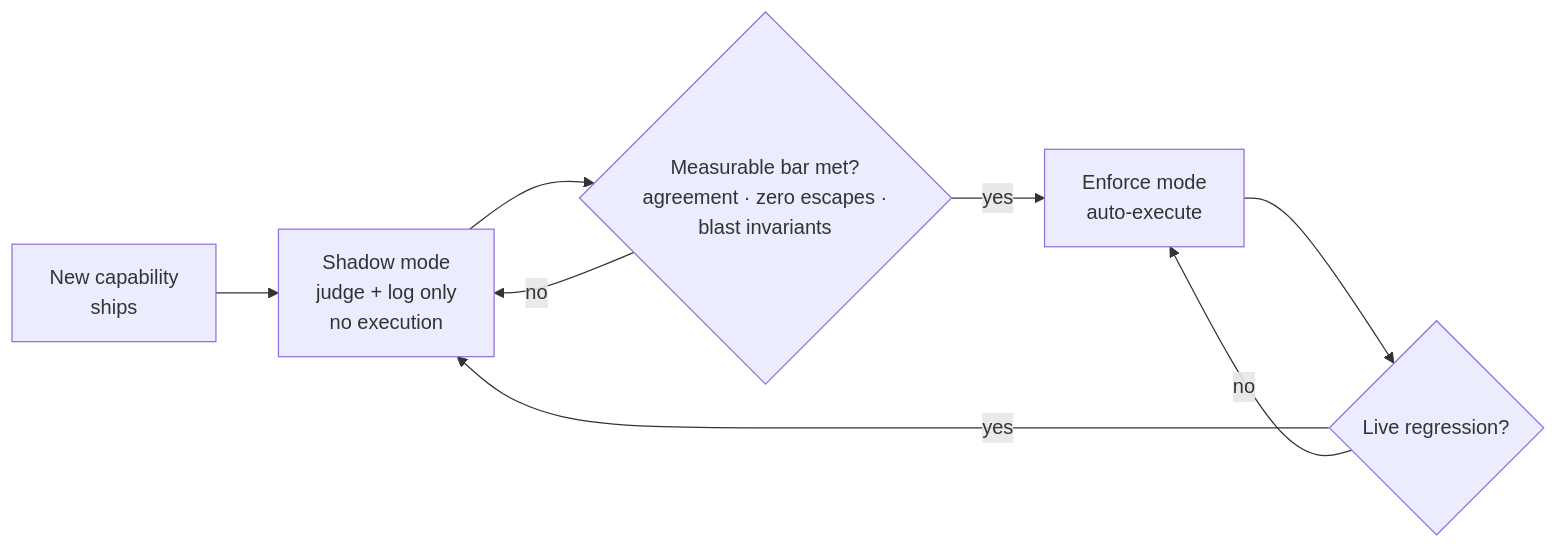
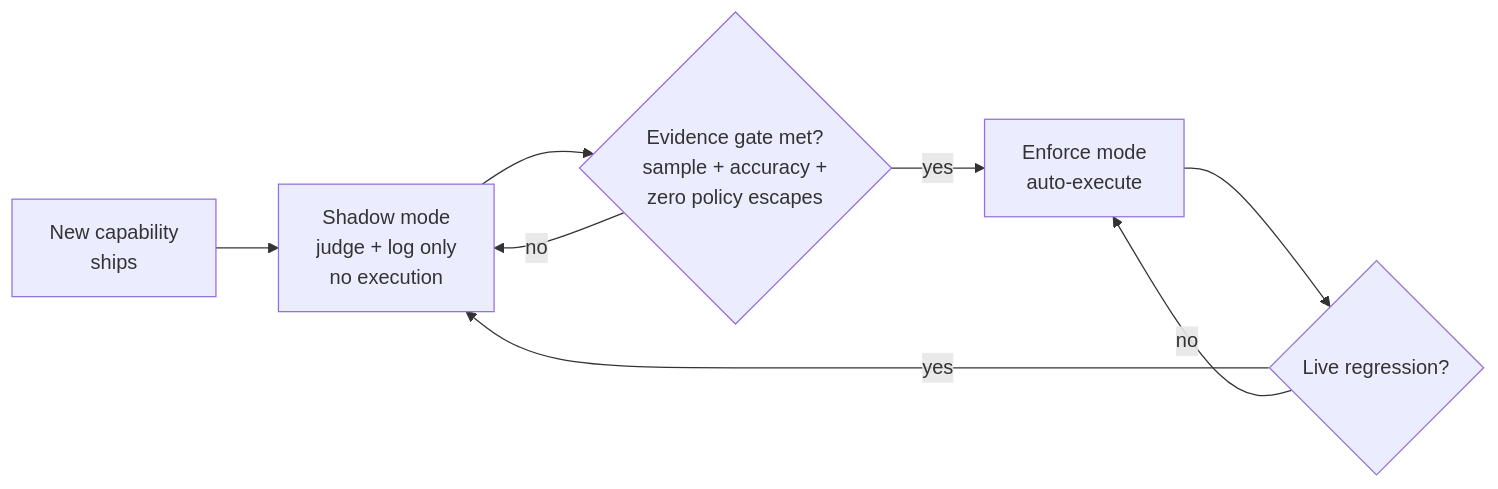
The diagram in docs/user-guide/concepts/shadow-then-enforce.md (dotnetpower/azurewatcher), drawn with Mermaid before and after one commit. The commit also changed other lines of this file and 21 other files, not shown here.

````diff
--- a/docs/user-guide/concepts/shadow-then-enforce.md
+++ b/docs/user-guide/concepts/shadow-then-enforce.md
@@ -21,11 +21,11 @@
 ```mermaid
 flowchart LR
   NEW[New capability<br/>ships]
   NEW --> SH[Shadow mode<br/>judge + log only<br/>no execution]
-  SH --> M{Measurable bar met?<br/>agreement · zero escapes ·<br/>blast invariants}
+  SH --> M{Evidence gate met?<br/>sample + accuracy +<br/>zero policy escapes}
   M -->|yes| EN[Enforce mode<br/>auto-execute]
   M -->|no| SH
   EN --> R{Live regression?}
   R -->|yes| SH
   R -->|no| EN
 ```
````
